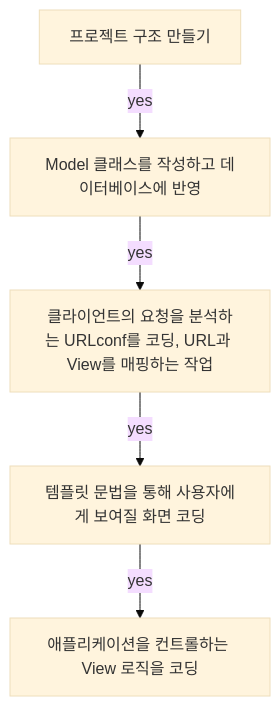
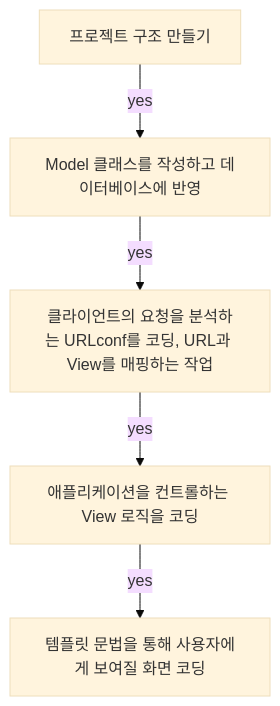
One commit to mchaemil/mchaemil.github.io changed the first of 2 diagrams in _posts/2019-12-11-Django-vote-list.md. Above: the diagram before and after it, drawn with Mermaid (base theme). The commit also changed other lines of this file and 1 other file, not shown here.

````diff
--- a/_posts/2019-12-11-Django-vote-list.md
+++ b/_posts/2019-12-11-Django-vote-list.md
@@ -30,13 +32,13 @@
 ```mermaid
 graph TB;
     A[프로젝트 구조 만들기]
     B[Model 클래스를 작성하고 데이터베이스에 반영]
 	C[클라이언트의 요청을 분석하는 URLconf를 코딩, URL과 View를 매핑하는 작업]    
-    D[템플릿 문법을 통해 사용자에게 보여질 화면 코딩]
-	E[애플리케이션을 컨트롤하는 View 로직을 코딩]
+	D[애플리케이션을 컨트롤하는 View 로직을 코딩]
+    E[템플릿 문법을 통해 사용자에게 보여질 화면 코딩]	
     A--yes-->B;
     B--yes-->C;
     C--yes-->D;	
     D--yes-->E;
 	
 ```
````
